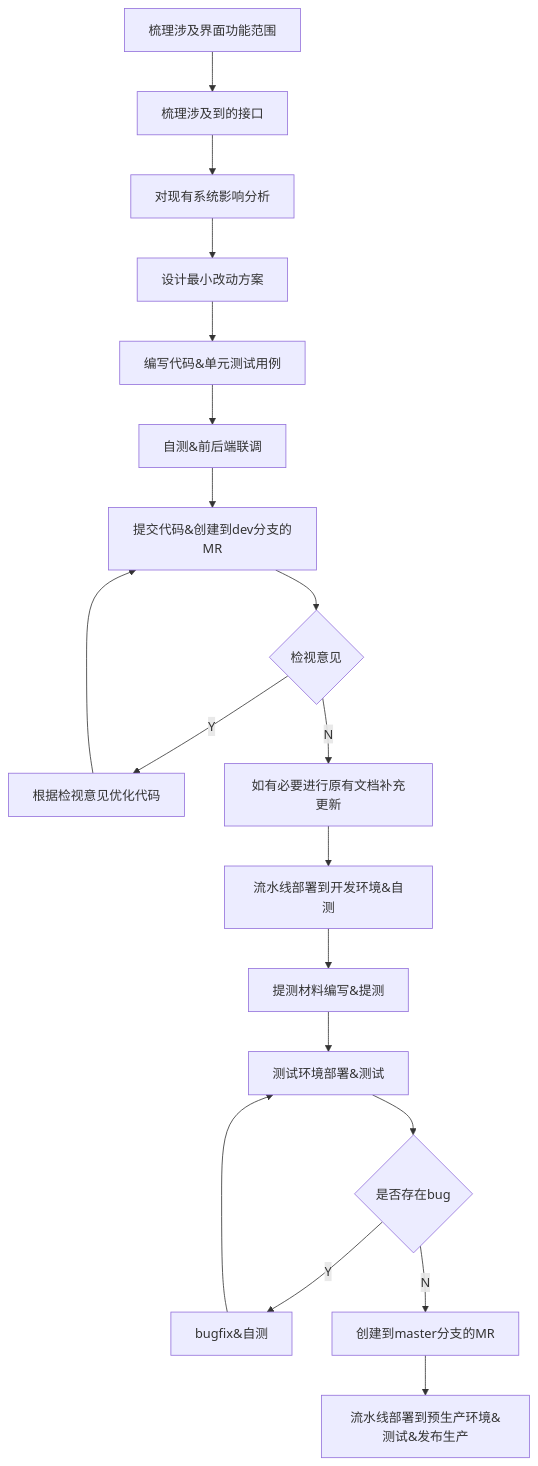
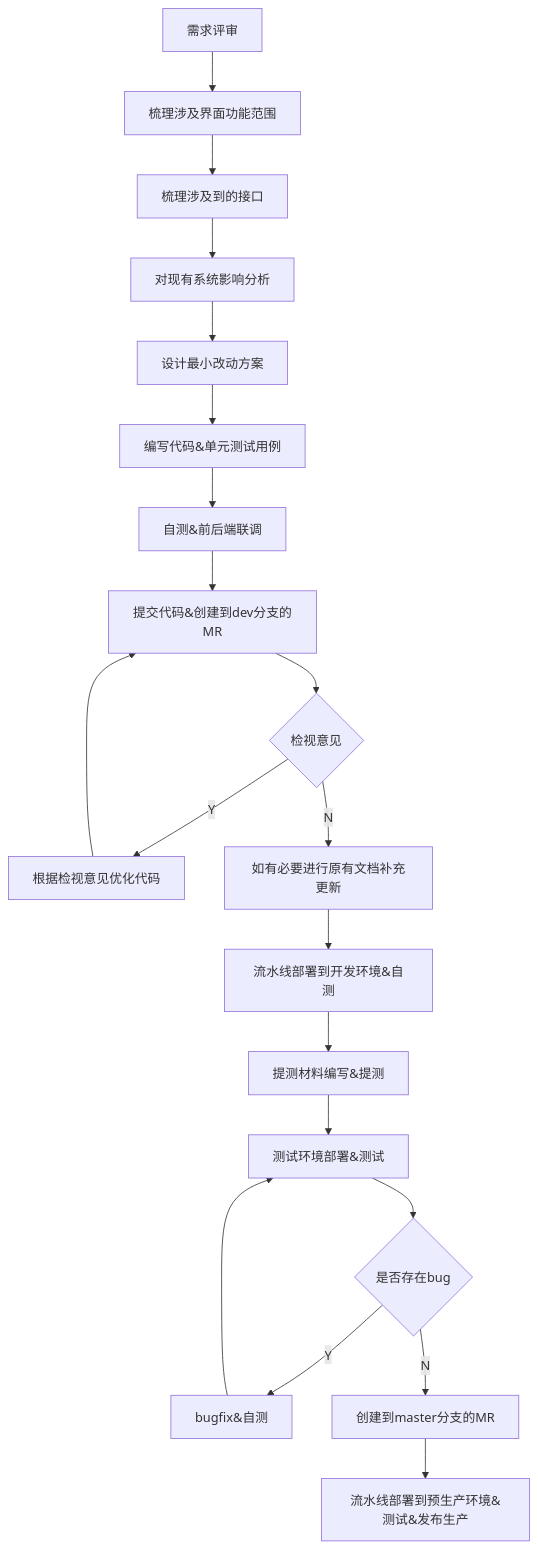
Before and after one commit to 0x00t0x7f/misc-notes: the diagram in 开发流程.md, drawn with Mermaid.

````diff
--- a/开发流程.md
+++ b/开发流程.md
@@ -2,24 +2,25 @@
 ```mermaid
 graph TD
+START[需求评审]
 A[梳理涉及界面功能范围]
 B[梳理涉及到的接口]
 C[对现有系统影响分析]
 D[设计最小改动方案]
 E[编写代码&单元测试用例]
 F[自测&前后端联调]
 G[提交代码&创建到dev分支的MR]
 G1{检视意见}
 H[根据检视意见优化代码]
 I[如有必要进行原有文档补充更新]
 J[流水线部署到开发环境&自测]
 K[提测材料编写&提测]
 K1[测试环境部署&测试]
 L{是否存在bug}
 M[bugfix&自测]
 N[创建到master分支的MR]
 O[流水线部署到预生产环境&测试&发布生产]
 
-A-->B-->C-->D-->E-->F-->G-->G1-->|Y|H-->G
+START-->A-->B-->C-->D-->E-->F-->G-->G1-->|Y|H-->G
 G1-->|N|I-->J-->K-->K1-->L-->|N|N-->O
 L-->|Y|M-->K1
 ```
````
